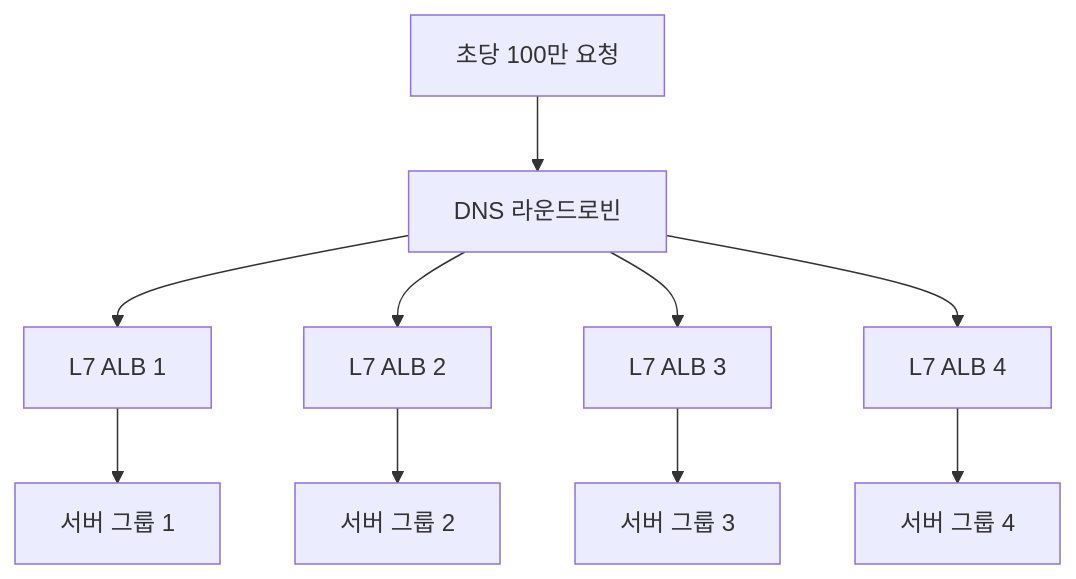
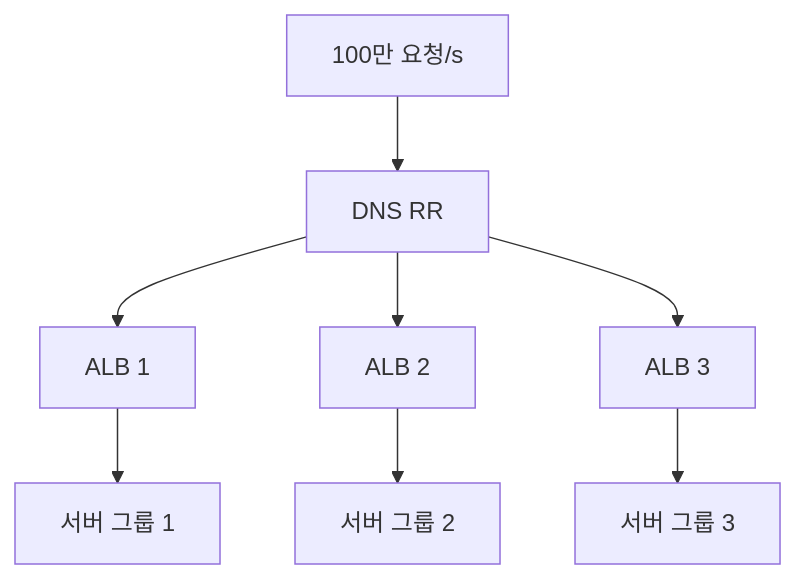
Before and after one commit to yjkim2015/yjkim2015.github.io: the seventh of 8 diagrams in _posts/network/2026-05-01-load-balancer.md, drawn with Mermaid. The commit also changed other lines of this file and 155 other files, not shown here.

First line of the commit message:
Mermaid 전면 수정: subgraph 제거, participant/노드/줄수 축소 (342블록)

````diff
--- a/_posts/network/2026-05-01-load-balancer.md
+++ b/_posts/network/2026-05-01-load-balancer.md
@@ -707,12 +699,10 @@
 ```mermaid
 graph TD
-    Traffic["초당 100만 요청"] --> DNS_LB["DNS 라운드로빈"]
-    DNS_LB --> LB1["L7 ALB 1"]
-    DNS_LB --> LB2["L7 ALB 2"]
-    DNS_LB --> LB3["L7 ALB 3"]
-    DNS_LB --> LB4["L7 ALB 4"]
-    LB1 --> S1_Group["서버 그룹 1"]
-    LB2 --> S2_Group["서버 그룹 2"]
-    LB3 --> S3_Group["서버 그룹 3"]
-    LB4 --> S4_Group["서버 그룹 4"]
+    Traffic["100만 요청/s"] --> DNS_LB["DNS RR"]
+    DNS_LB --> LB1["ALB 1"]
+    DNS_LB --> LB2["ALB 2"]
+    DNS_LB --> LB3["ALB 3"]
+    LB1 --> SG1["서버 그룹 1"]
+    LB2 --> SG2["서버 그룹 2"]
+    LB3 --> SG3["서버 그룹 3"]
 ```
````
